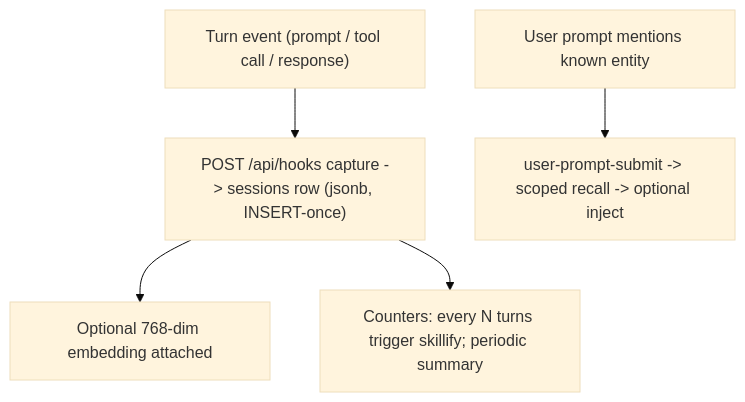
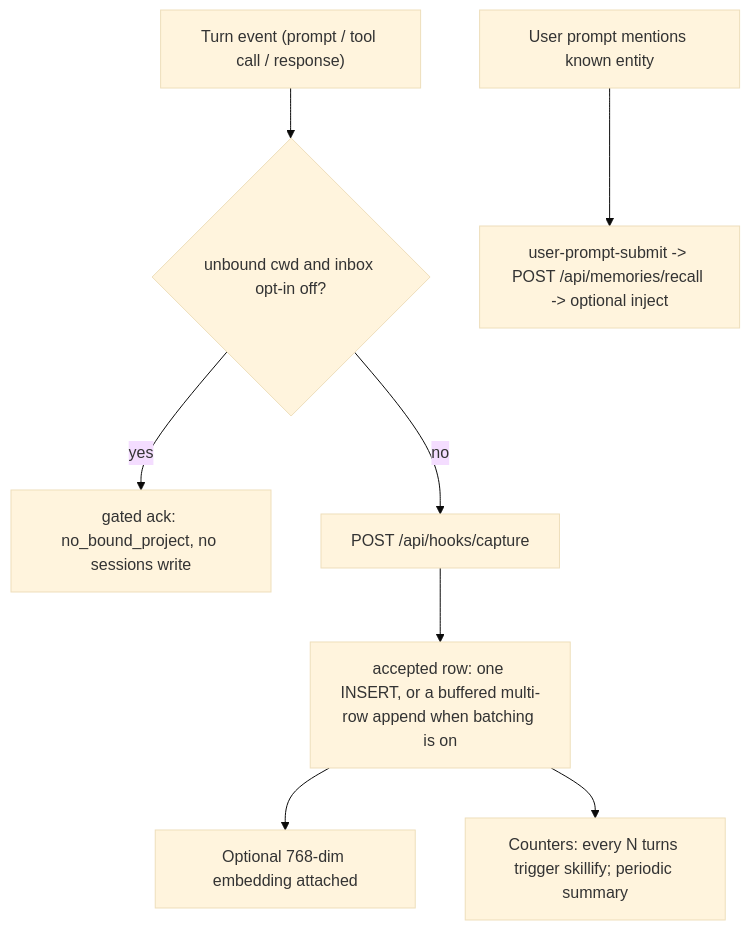
Before and after one commit to legioncodeinc/honeycomb: the second of 4 diagrams in library/knowledge/private/architecture/request-lifecycle.md, drawn with Mermaid (base theme). The commit also changed other lines of this file and 279 other files, not shown here.

````diff
--- a/library/knowledge/private/architecture/request-lifecycle.md
+++ b/library/knowledge/private/architecture/request-lifecycle.md
@@ -48,7 +48,10 @@
 ```mermaid
 flowchart TD
-    event["Turn event (prompt / tool call / response)"] --> capture["POST /api/hooks capture -> sessions row (jsonb, INSERT-once)"]
-    capture --> embed["Optional 768-dim embedding attached"]
-    capture --> triggers["Counters: every N turns trigger skillify; periodic summary"]
-    prompt["User prompt mentions known entity"] --> recall["user-prompt-submit -> scoped recall -> optional inject"]
+    event["Turn event (prompt / tool call / response)"] --> gate{"unbound cwd and inbox opt-in off?"}
+    gate -->|yes| skip["gated ack: no_bound_project, no sessions write"]
+    gate -->|no| capture["POST /api/hooks/capture"]
+    capture --> write["accepted row: one INSERT, or a buffered multi-row append when batching is on"]
+    write --> embed["Optional 768-dim embedding attached"]
+    write --> triggers["Counters: every N turns trigger skillify; periodic summary"]
+    prompt["User prompt mentions known entity"] --> recall["user-prompt-submit -> POST /api/memories/recall -> optional inject"]
 ```
````
